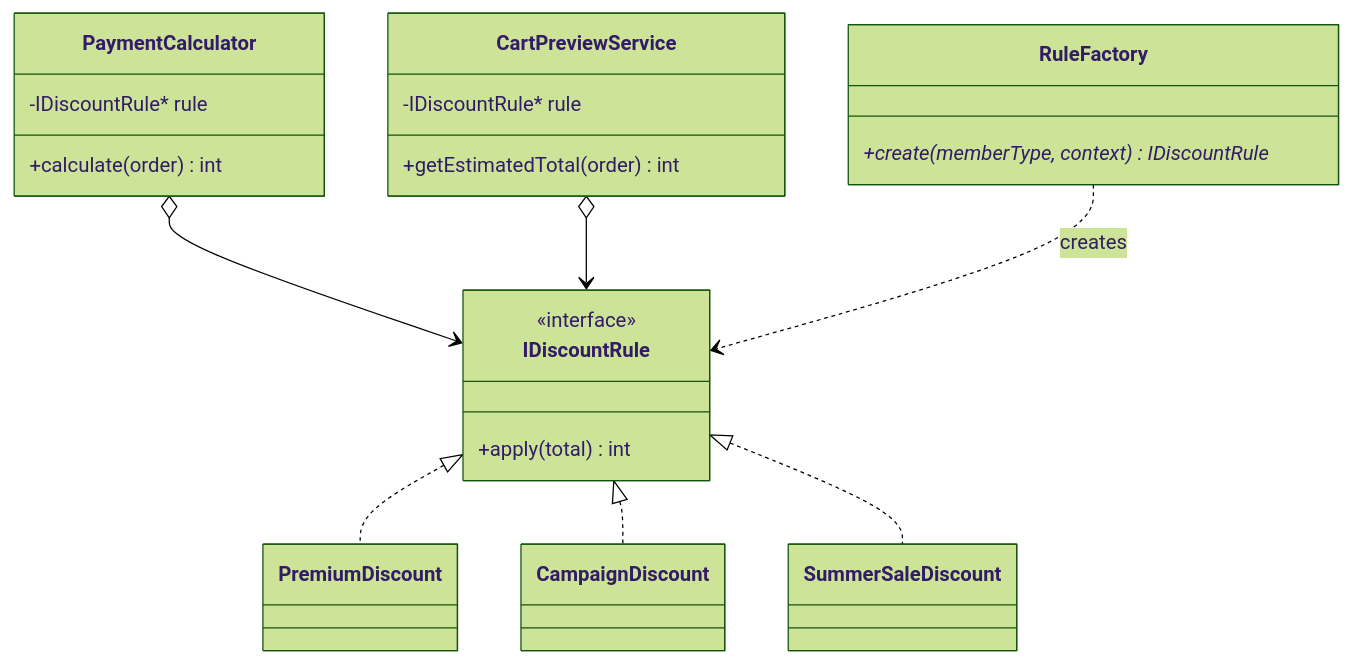
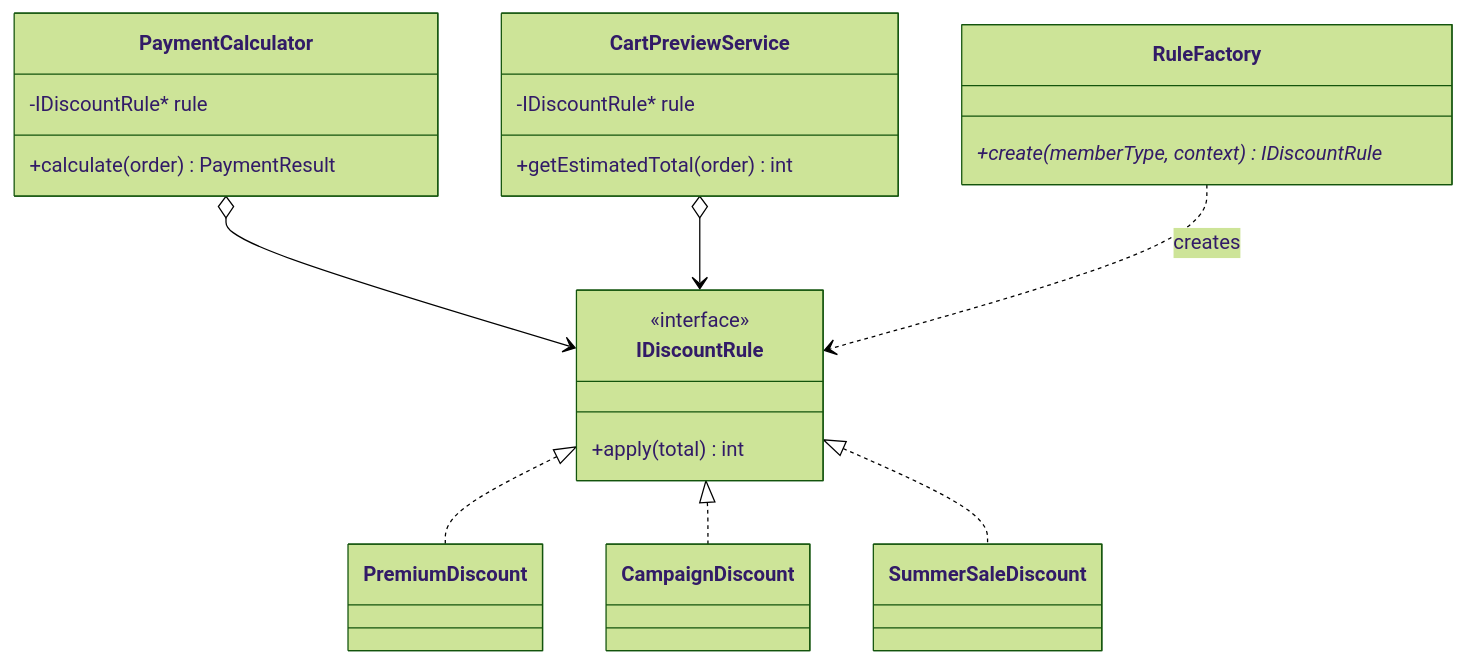
One commit to kumachan1101-pixel/DesignPattern changed the fifth of 9 diagrams in kindle/design-patterns/output/chapter01.md. Above: the diagram before and after it, drawn with Mermaid (forest theme). The commit also changed other lines of this file and 1 other file, not shown here.

````diff
--- a/kindle/design-patterns/output/chapter01.md
+++ b/kindle/design-patterns/output/chapter01.md
@@ -1698,27 +1713,27 @@
 ```mermaid
 classDiagram
     class PaymentCalculator {
         -IDiscountRule* rule
-        +calculate(order) int
+        +calculate(order) PaymentResult
     }
     class CartPreviewService {
         -IDiscountRule* rule
         +getEstimatedTotal(order) int
     }
     class IDiscountRule {
         <<interface>>
         +apply(total) int
     }
     class PremiumDiscount
     class CampaignDiscount
     class SummerSaleDiscount
     class RuleFactory {
         +create(memberType, context) IDiscountRule*
     }
     PaymentCalculator o--> IDiscountRule
     CartPreviewService o--> IDiscountRule
     IDiscountRule <|.. PremiumDiscount
     IDiscountRule <|.. CampaignDiscount
     IDiscountRule <|.. SummerSaleDiscount
     RuleFactory ..> IDiscountRule : creates
 ```
````
